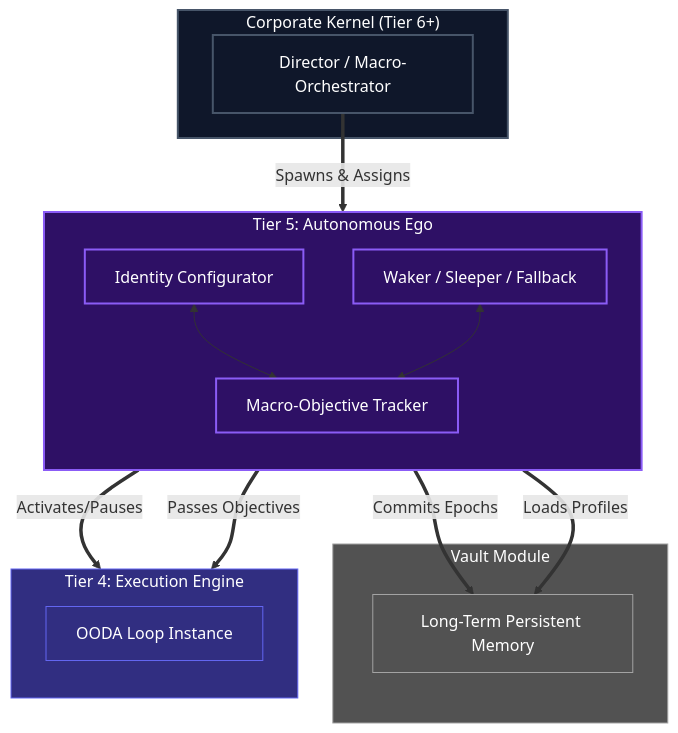
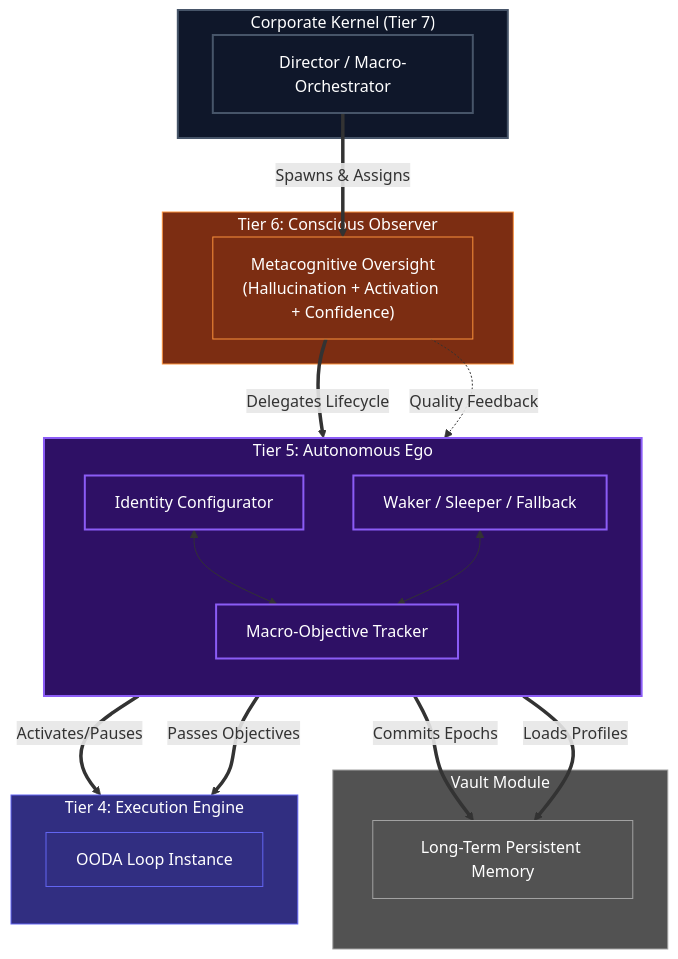
The diagram in redesign/tier_5/tier_5_architecture.md (azzindani/Kea), drawn with Mermaid before and after one commit. The commit also changed other lines of this file and 16 other files, not shown here.

First line of the commit message:
Add Tier 6 (Conscious Observer) and restructure Human Kernel to 8 tiers

````diff
--- a/redesign/tier_5/tier_5_architecture.md
+++ b/redesign/tier_5/tier_5_architecture.md
@@ -15,48 +15,57 @@
 ```mermaid
 flowchart TD
+    %% Tier 6 Conscious Observer
+    subgraph sTier6["Tier 6: Conscious Observer"]
+        nConscious["Metacognitive Oversight<br>(Hallucination + Activation + Confidence)"]
+    end
+
     %% Parent Corporate Control
-    subgraph sCorp["Corporate Kernel (Tier 6+)"]
+    subgraph sCorp["Corporate Kernel (Tier 7)"]
         nCorp["Director / Macro-Orchestrator"]
     end
 
     %% Long-Term Systems
     subgraph sDataCenter["Vault Module"]
         nVault["Long-Term Persistent Memory"]
     end
 
     %% T5 Scope
     subgraph sTier5["Tier 5: Autonomous Ego"]
         direction TB
-        
+
         nIdentity["Identity Configurator"]
         nLifecycle["Waker / Sleeper / Fallback"]
         nGoal["Macro-Objective Tracker"]
-        
+
         nIdentity <--> nGoal
         nLifecycle <--> nGoal
     end
 
     %% T4 Interface
     subgraph sTier4["Tier 4: Execution Engine"]
         direction TB
         nT4Engine["OODA Loop Instance"]
     end
-    
+
     %% Flows
-    nCorp == "Spawns & Assigns" ==> nIdentity
+    nCorp == "Spawns & Assigns" ==> nConscious
+    nConscious == "Delegates Lifecycle" ==> nIdentity
+    nConscious -. "Quality Feedback" .-> nGoal
     nGoal == "Commits Epochs" ==> nVault
     nIdentity == "Loads Profiles" ==> nVault
-    
+
     nLifecycle == "Activates/Pauses" ==> nT4Engine
     nGoal == "Passes Objectives" ==> nT4Engine
-    
+
     classDef corp fill:#0f172a,stroke:#475569,stroke-width:2px,color:#fff
     classDef vault fill:#525252,stroke:#A3A3A3,stroke-width:1px,color:#fff
     classDef t4 fill:#312E81,stroke:#6366F1,stroke-width:1px,color:#fff
     classDef t5 fill:#2E1065,stroke:#8B5CF6,stroke-width:2px,color:#fff
-    
+    classDef t6 fill:#7C2D12,stroke:#FB923C,stroke-width:1px,color:#fff
+
     class sCorp,nCorp corp
     class sDataCenter,nVault vault
     class sTier4,nT4Engine t4
     class sTier5,nIdentity,nLifecycle,nGoal t5
+    class sTier6,nConscious t6
 ```
````
